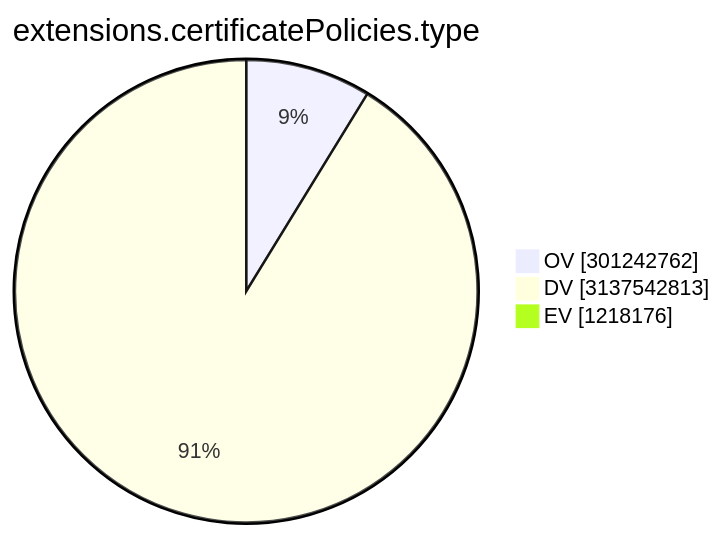
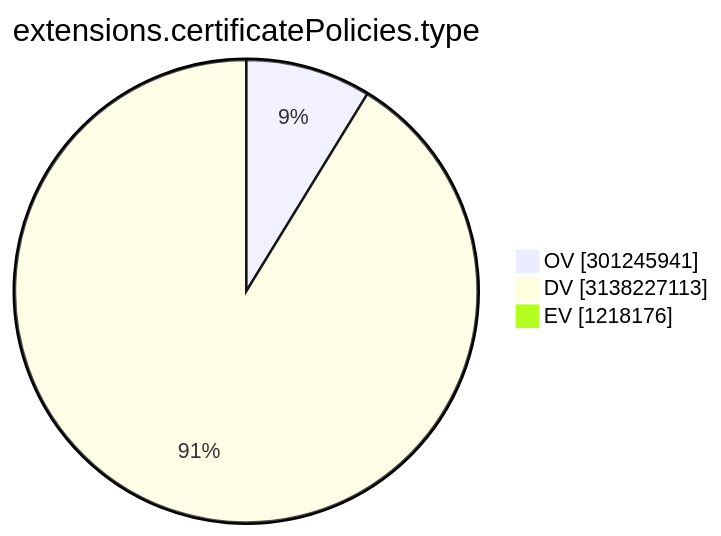
One commit to christiankrug/ctmonitor_visualization changed the ninth of 15 diagrams in TOTAL/README.md. Above: the diagram before and after it, drawn with Mermaid. The commit also changed other lines of this file, not shown here.

````diff
--- a/TOTAL/README.md
+++ b/TOTAL/README.md
@@ -3105,7 +3105,7 @@
 ```mermaid
 pie showData
 title extensions.certificatePolicies.type
-"OV" :301242762
-"DV" :3137542813
+"OV" :301245941
+"DV" :3138227113
 "EV" :1218176
 ```
````
